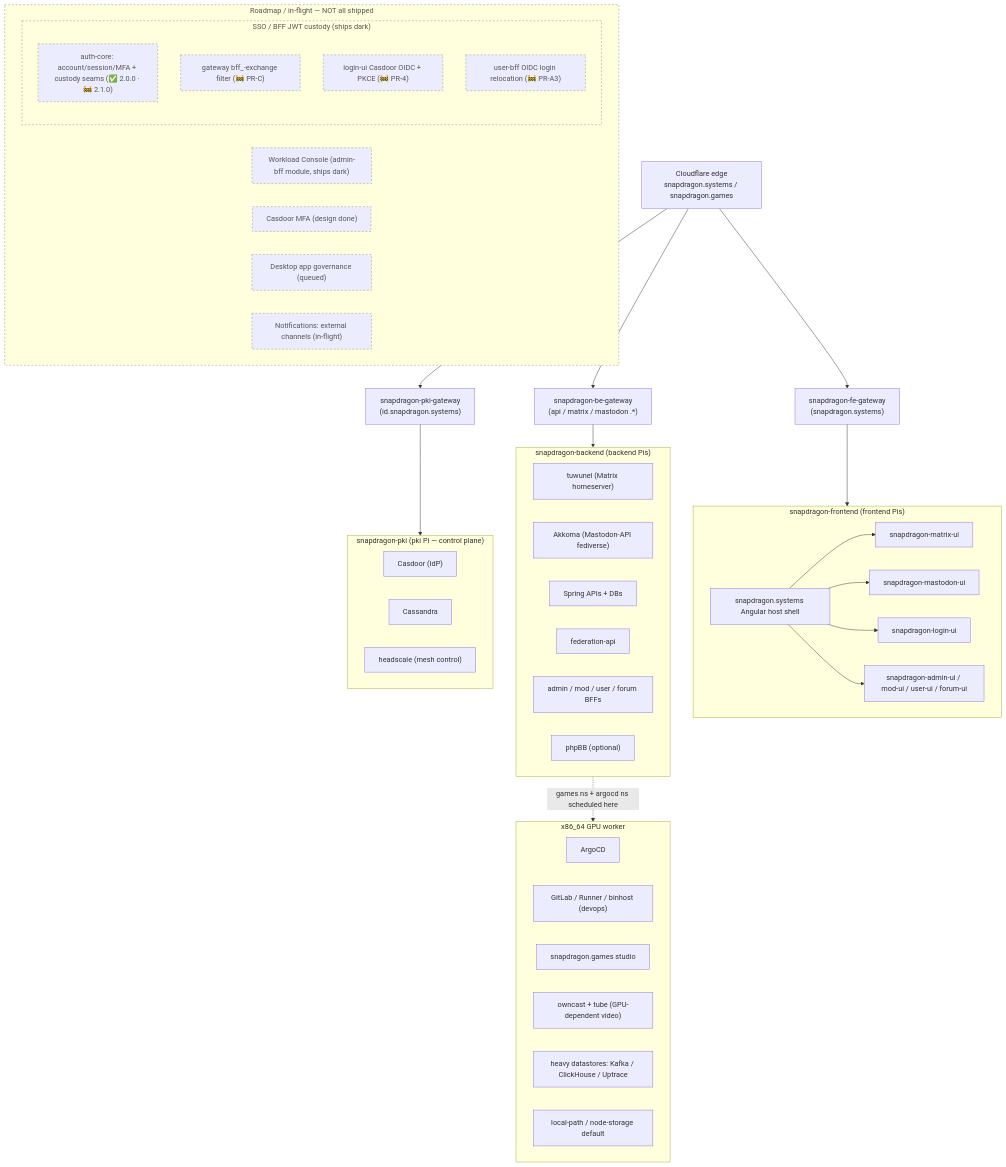
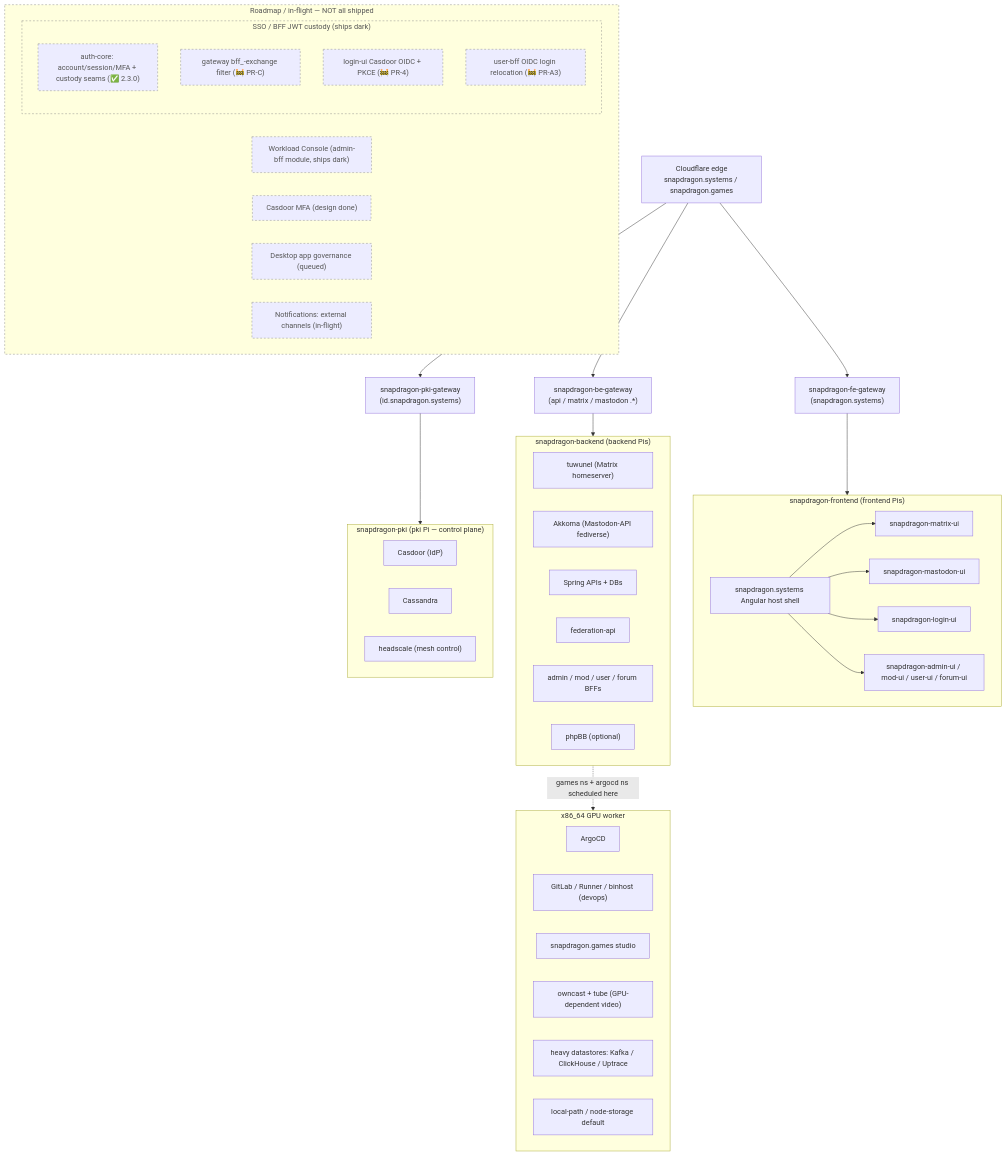
Before and after one commit to hugmesh/hugmesh-generator: the first of 2 diagrams in docs/ARCHITECTURE.md, drawn with Mermaid. The commit also changed other lines of this file and 1 other file, not shown here.

First line of the commit message:
docs: sync README + ARCHITECTURE to merged reality (#174)

````diff
--- a/docs/ARCHITECTURE.md
+++ b/docs/ARCHITECTURE.md
@@ -24,60 +24,60 @@
 ```mermaid
 flowchart TD
     CF["Cloudflare edge<br/>snapdragon.systems / snapdragon.games"]
     CF --> FEGW["snapdragon-fe-gateway<br/>(snapdragon.systems)"]
     CF --> BEGW["snapdragon-be-gateway<br/>(api / matrix / mastodon .*)"]
     CF --> PKIGW["snapdragon-pki-gateway<br/>(id.snapdragon.systems)"]
 
     subgraph FE["snapdragon-frontend (frontend Pis)"]
         HOST["snapdragon.systems Angular host shell"]
         HOST --> MUI["snapdragon-matrix-ui"]
         HOST --> MASTUI["snapdragon-mastodon-ui"]
         HOST --> LOGINUI["snapdragon-login-ui"]
         HOST --> ADMINUI["snapdragon-admin-ui / mod-ui / user-ui / forum-ui"]
     end
 
     subgraph BE["snapdragon-backend (backend Pis)"]
         TUW["tuwunel (Matrix homeserver)"]
         AKK["Akkoma (Mastodon-API fediverse)"]
         APIS["Spring APIs + DBs"]
         FEDAPI["federation-api"]
         BFFS["admin / mod / user / forum BFFs"]
         PHPBB["phpBB (optional)"]
     end
 
     subgraph PKI["snapdragon-pki (pki Pi — control plane)"]
         CAS["Casdoor (IdP)"]
         CASS["Cassandra"]
         HS["headscale (mesh control)"]
     end
 
     subgraph X86["x86_64 GPU worker"]
         ARGO["ArgoCD"]
         DEVOPS["GitLab / Runner / binhost (devops)"]
         GAMES["snapdragon.games studio"]
         VIDEO["owncast + tube (GPU-dependent video)"]
         HEAVY["heavy datastores: Kafka / ClickHouse / Uptrace"]
         STORE["local-path / node-storage default"]
     end
 
     FEGW --> FE
     BEGW --> BE
     PKIGW --> PKI
     BE -. "games ns + argocd ns scheduled here" .-> X86
 
     subgraph ROADMAP["Roadmap / in-flight — NOT all shipped"]
         WC["Workload Console (admin-bff module, ships dark)"]
         MFA["Casdoor MFA (design done)"]
         DESKGOV["Desktop app governance (queued)"]
         NOTIFY["Notifications: external channels (in-flight)"]
         subgraph SSO["SSO / BFF JWT custody (ships dark)"]
-            AUTHCORE["auth-core: account/session/MFA + custody seams (✅ 2.0.0 · 🚧 2.1.0)"]
+            AUTHCORE["auth-core: account/session/MFA + custody seams (✅ 2.3.0)"]
             GWEXCH["gateway bff_-exchange filter (🚧 PR-C)"]
             LOGINOIDC["login-ui Casdoor OIDC + PKCE (🚧 PR-4)"]
             UBRELOC["user-bff OIDC login relocation (🚧 PR-A3)"]
         end
     end
 
     classDef planned stroke-dasharray:4,stroke:#888,color:#555;
     class ROADMAP,WC,MFA,DESKGOV,NOTIFY,SSO,AUTHCORE,GWEXCH,LOGINOIDC,UBRELOC planned;
 ```
````
